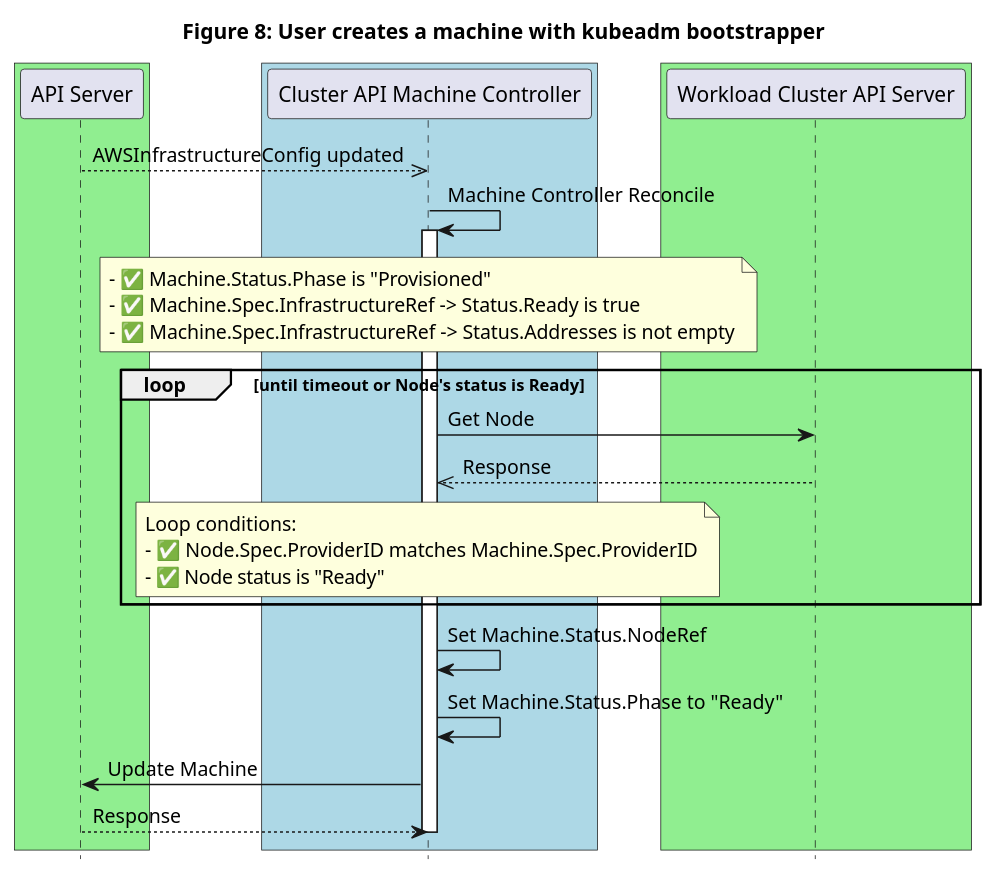
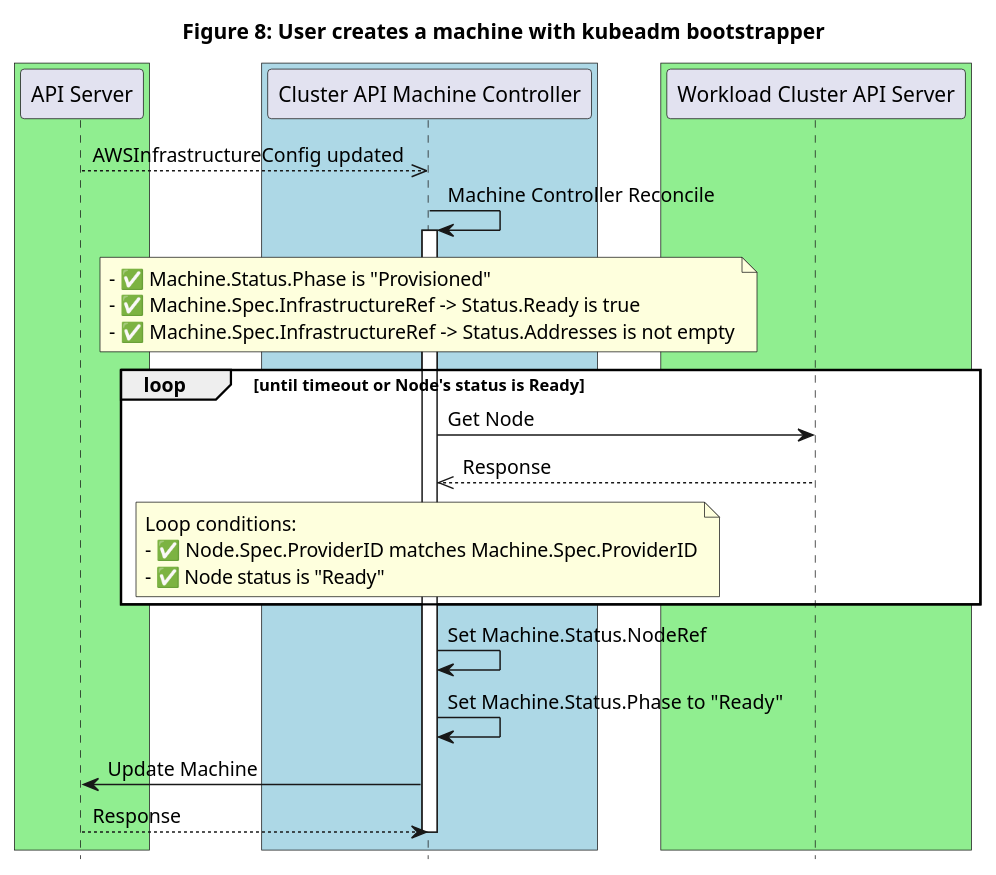
One commit to kubernetes-sigs/cluster-api changed the diagram in docs/proposals/images/machine-states-preboot/Figure8.plantuml. Above: the diagram before and after it, drawn with PlantUML. The commit also changed 42 other files, not shown here.

Commit message:
Update docs/Makefile. Fix proposal diagrams transparency issue with new PlantUML version.

```diff
--- a/docs/proposals/images/machine-states-preboot/Figure8.plantuml
+++ b/docs/proposals/images/machine-states-preboot/Figure8.plantuml
@@ -1,44 +1,44 @@
 @startuml
 title Figure 8: User creates a machine with kubeadm bootstrapper
 
 ' -- GROUPS START ---
 
 box #lightgreen
 participant "API Server"
 end box
 
 box #lightblue
 participant "Cluster API Machine Controller"
 end box
 
 box #lightgreen
 participant "Workload Cluster API Server"
 end box
 
 ' -- GROUPS END ---
 
 
 "API Server"-->>"Cluster API Machine Controller": AWSInfrastructureConfig updated
 
 "Cluster API Machine Controller"-> "Cluster API Machine Controller":Machine Controller Reconcile
 activate "Cluster API Machine Controller"
 
 note over "Cluster API Machine Controller": - ✅ Machine.Status.Phase is "Provisioned" \n- ✅ Machine.Spec.InfrastructureRef -> Status.Ready is true\n- ✅ Machine.Spec.InfrastructureRef -> Status.Addresses is not empty
 
-loop until timeout or Node's status is Ready
+loop #white until timeout or Node's status is Ready
 "Cluster API Machine Controller"->"Workload Cluster API Server": Get Node
 "Cluster API Machine Controller"<<--"Workload Cluster API Server": Response
 note over "Cluster API Machine Controller":Loop conditions:\n- ✅ Node.Spec.ProviderID matches Machine.Spec.ProviderID\n- ✅ Node status is "Ready"
 end
 
 "Cluster API Machine Controller"->"Cluster API Machine Controller": Set Machine.Status.NodeRef
 
 "Cluster API Machine Controller"->"Cluster API Machine Controller": Set Machine.Status.Phase to "Ready"
 
 "Cluster API Machine Controller"->"API Server": Update Machine
 "Cluster API Machine Controller"<--"API Server": Response
 
 deactivate "Cluster API Machine Controller"
 
 hide footbox
 @enduml
```
